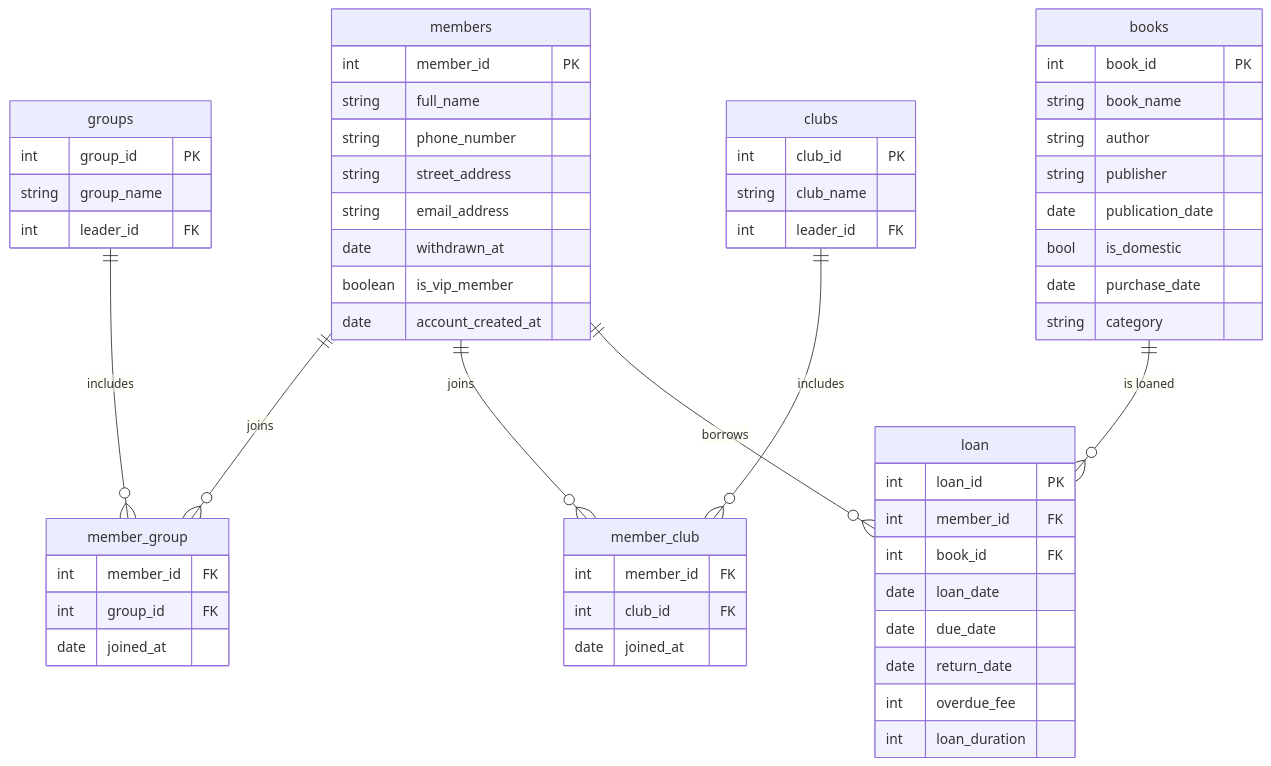
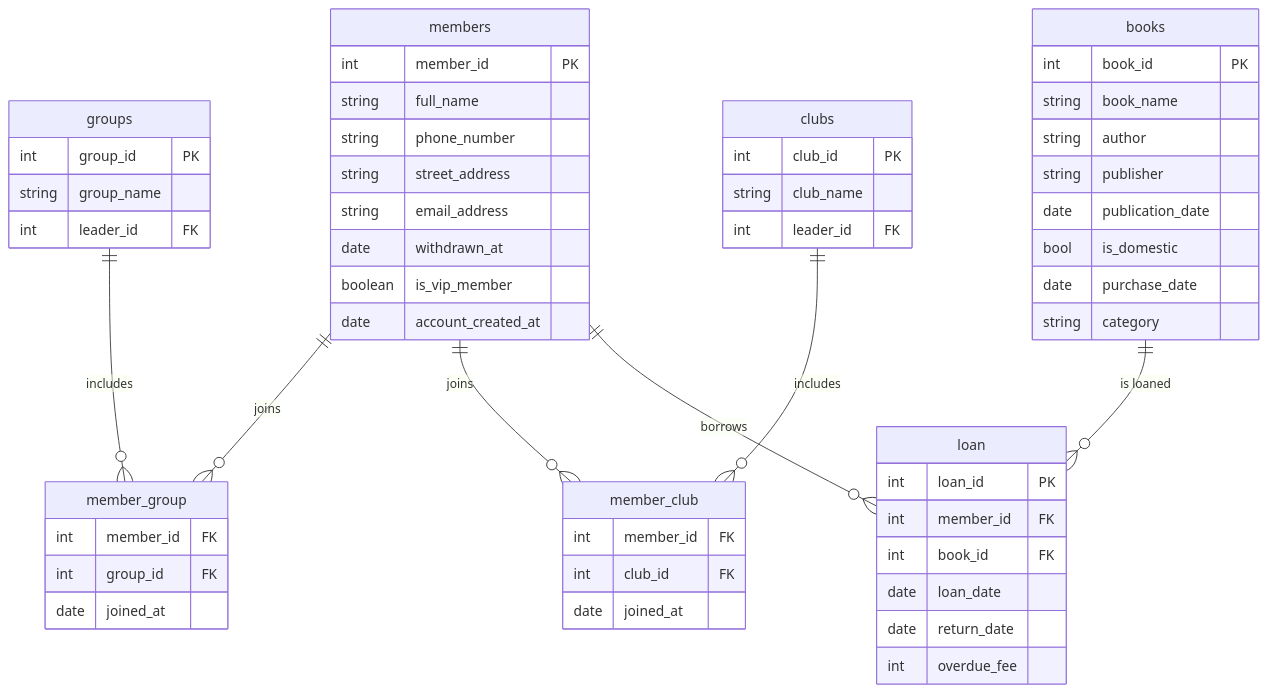
One commit to wontothree/library-managment-system changed the diagram in README.md. Above: the diagram before and after it, drawn with Mermaid. The commit also changed other lines of this file, not shown here.

````diff
--- a/README.md
+++ b/README.md
@@ -60,75 +59,72 @@
 ```mermaid
 erDiagram
     %% 멤버 테이블을 정의합니다.
     members {
         int member_id PK
         string full_name
         string phone_number
         string street_address
         string email_address
         date withdrawn_at
         boolean is_vip_member
         date account_created_at
     }
 
     %% 그룹 테이블을 정의합니다.
     groups {
         int group_id PK
         string group_name
         int leader_id FK
     }
 
     %% 멤버-그룹 관계를 정의합니다.
     member_group {
         int member_id FK
         int group_id FK
         date joined_at
     }
 
     %% 클럽 테이블을 정의합니다.
     clubs {
         int club_id PK
         string club_name
         int leader_id FK
     }
 
     %% 멤버-클럽 관계를 정의합니다.
     member_club {
         int member_id FK
         int club_id FK
         date joined_at
     }
 
     %% 도서 테이블을 정의합니다.
     books {
         int book_id PK
         string book_name
         string author
         string publisher
         date publication_date
         bool is_domestic
         date purchase_date
         string category
     }
 
     %% 대출 테이블을 정의합니다.
     loan {
         int loan_id PK
         int member_id FK
         int book_id FK
         date loan_date
-        date due_date
         date return_date
         int overdue_fee
-        int loan_duration  
     }
 
     %% 관계 정의
     members ||--o{ member_group : "joins"
     groups ||--o{ member_group : "includes"
     members ||--o{ member_club : "joins"
     clubs ||--o{ member_club : "includes"
     members ||--o{ loan : "borrows"
     books ||--o{ loan : "is loaned"
-
 ```
````
